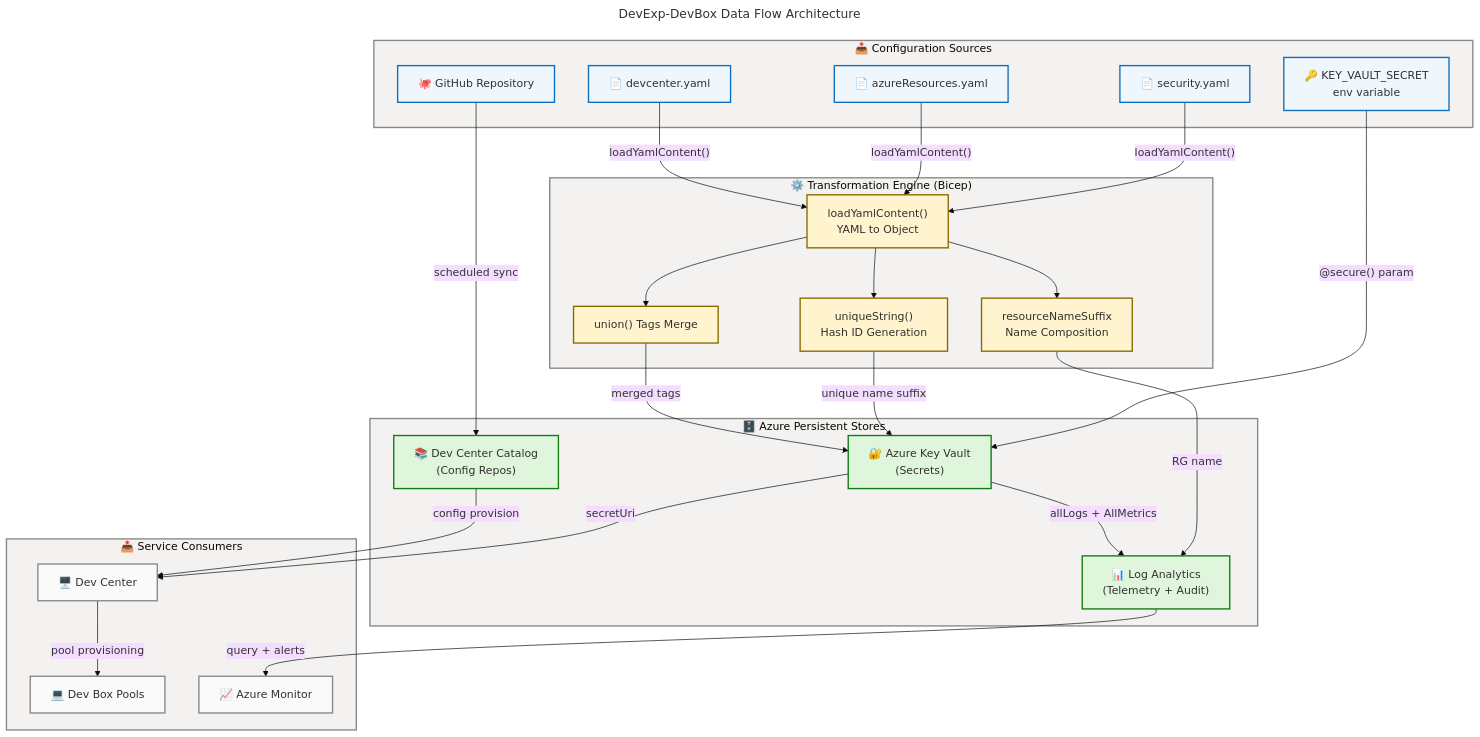
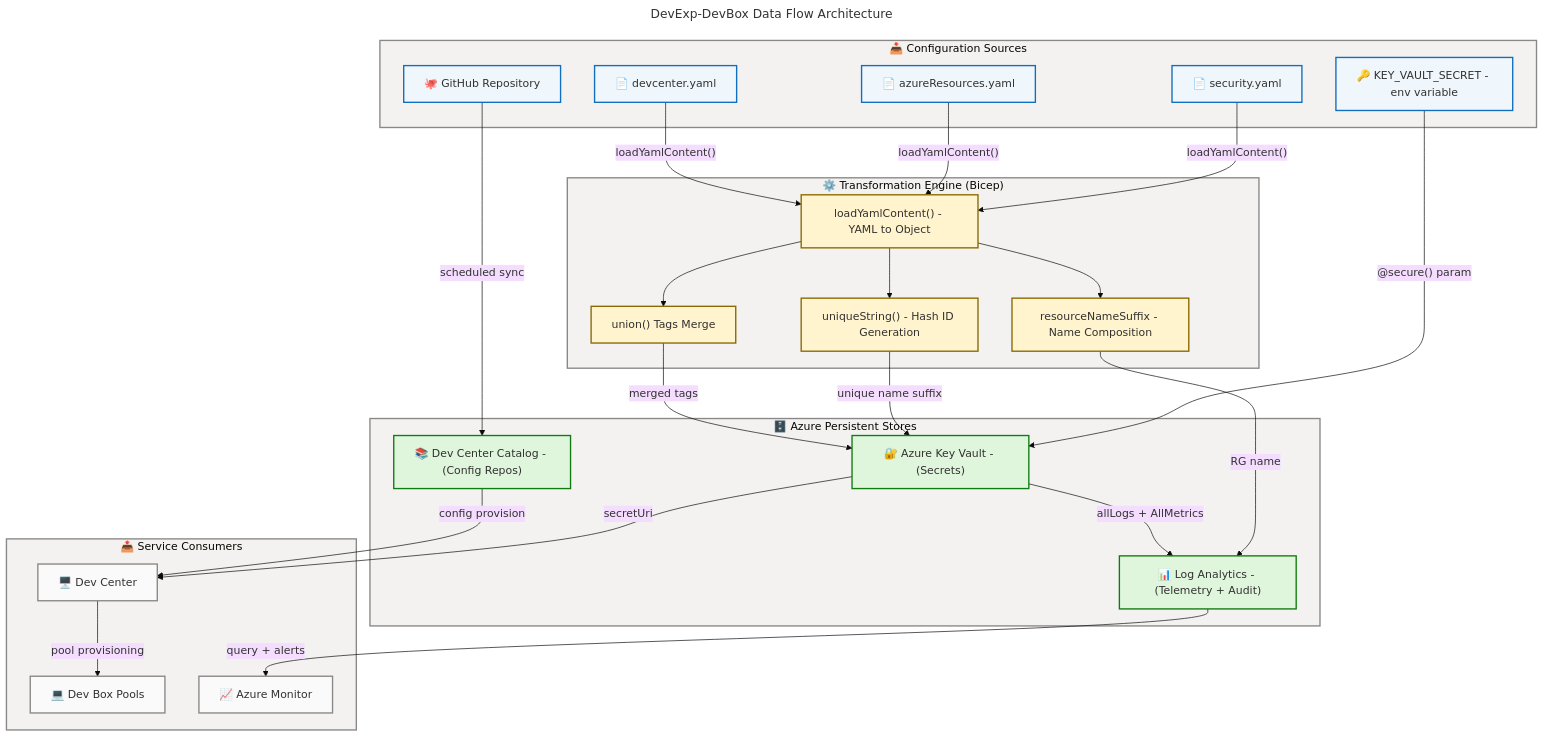
Before and after one commit to Evilazaro/DevExp-DevBox: the third of 3 diagrams in docs/architecture/data-architecture.md, drawn with Mermaid. The commit also changed other lines of this file, not shown here.

Commit message:
refactor: remove outdated YAML data layer analysis and improve flowchart descriptions for clarity

```diff
--- a/docs/architecture/data-architecture.md
+++ b/docs/architecture/data-architecture.md
@@ -976,20 +931,20 @@
         RESYAML["📄 azureResources.yaml"]
         DCYAML["📄 devcenter.yaml"]
         GHREPO["🐙 GitHub Repository"]
-        ENVVAR["🔑 KEY_VAULT_SECRET<br/>env variable"]
+        ENVVAR["🔑 KEY_VAULT_SECRET - env variable"]
     end
 
     subgraph TRANSFORM["⚙️ Transformation Engine (Bicep)"]
-        LOADYAML["loadYamlContent()<br/>YAML to Object"]
-        UNIQUE["uniqueString()<br/>Hash ID Generation"]
-        SUFFIX["resourceNameSuffix<br/>Name Composition"]
+        LOADYAML["loadYamlContent() - YAML to Object"]
+        UNIQUE["uniqueString() - Hash ID Generation"]
+        SUFFIX["resourceNameSuffix - Name Composition"]
         TAGS["union() Tags Merge"]
     end
 
     subgraph STORAGE["🗄️ Azure Persistent Stores"]
-        KV["🔐 Azure Key Vault<br/>(Secrets)"]
-        LAW["📊 Log Analytics<br/>(Telemetry + Audit)"]
-        CATALOG["📚 Dev Center Catalog<br/>(Config Repos)"]
+        KV["🔐 Azure Key Vault - (Secrets)"]
+        LAW["📊 Log Analytics - (Telemetry + Audit)"]
+        CATALOG["📚 Dev Center Catalog - (Config Repos)"]
     end
 
     subgraph CONSUMERS["📤 Service Consumers"]
```
